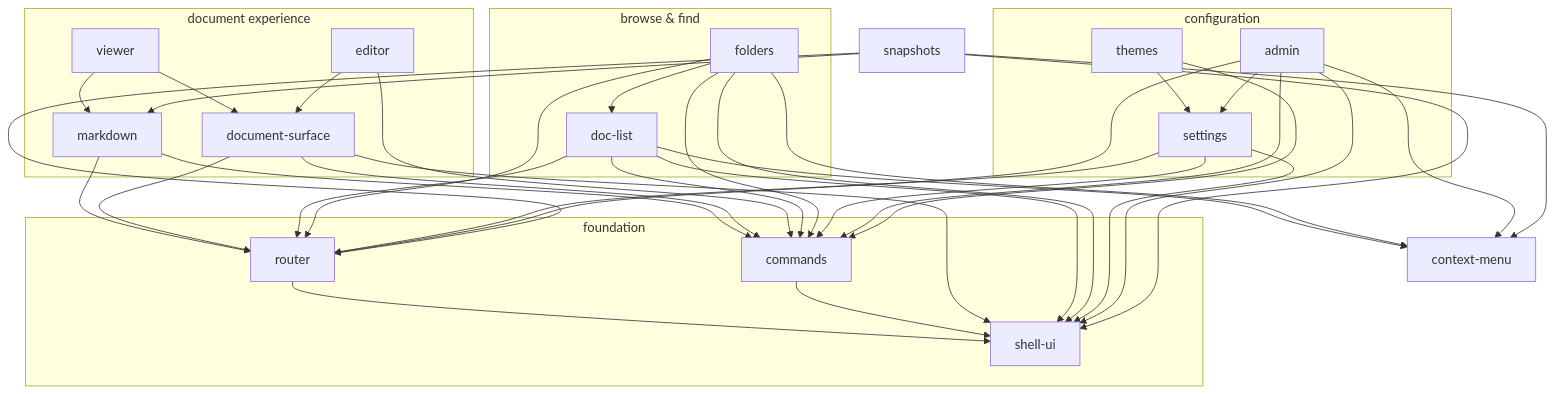
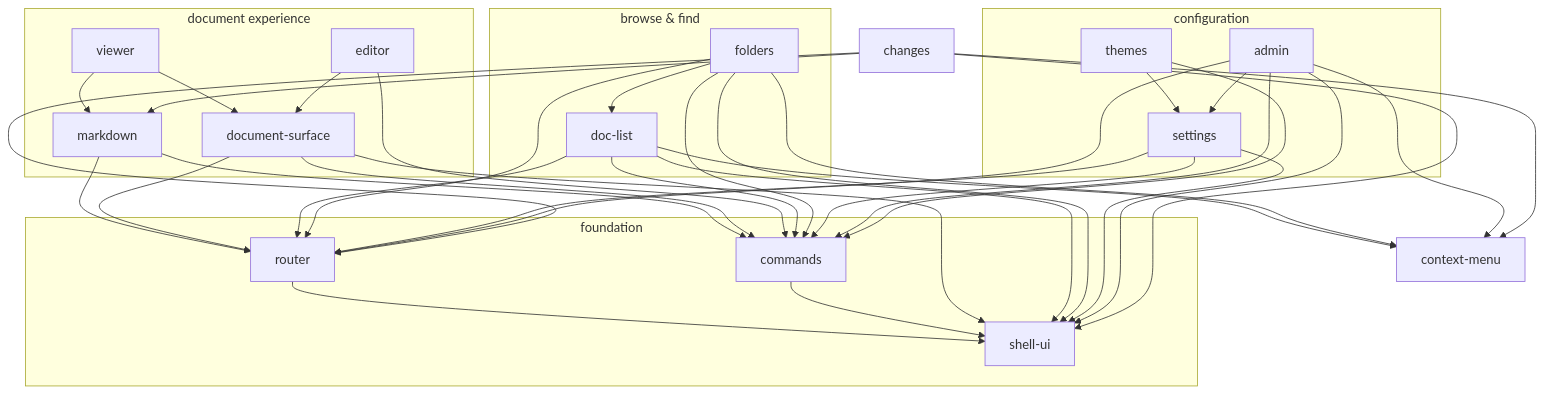
Before and after one commit to hamolicious/ddd: the diagram in plugins/base/README.md, drawn with Mermaid. The commit also changed other lines of this file and 97 other files, not shown here.

````diff
--- a/plugins/base/README.md
+++ b/plugins/base/README.md
@@ -64,32 +65,32 @@
 ```mermaid
 flowchart TD
     subgraph documents ["document experience"]
         viewer --> markdown
         viewer --> document-surface
         editor --> document-surface
     end
 
     subgraph browse ["browse & find"]
         folders --> doc-list
     end
 
     subgraph config ["configuration"]
         themes --> settings
         admin --> settings
     end
 
     subgraph foundation ["foundation"]
         router --> shell-ui
         commands --> shell-ui
     end
 
     markdown --> commands & router
     document-surface --> commands & router & shell-ui
     editor --> commands
     doc-list --> commands & context-menu & router & shell-ui
     folders --> commands & context-menu & router & shell-ui
     settings --> commands & router & shell-ui
     admin --> commands & context-menu & router & shell-ui
-    snapshots --> context-menu & markdown & router & shell-ui
+    changes --> context-menu & markdown & router & shell-ui
     themes --> commands
 ```
````
